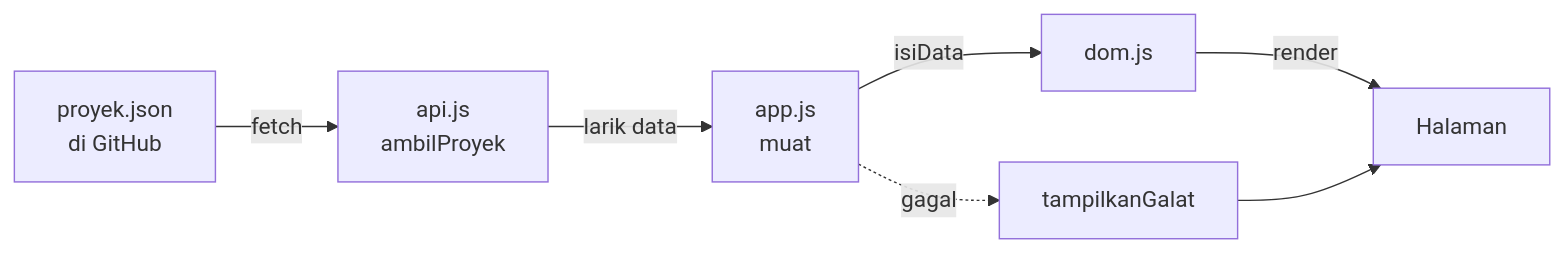
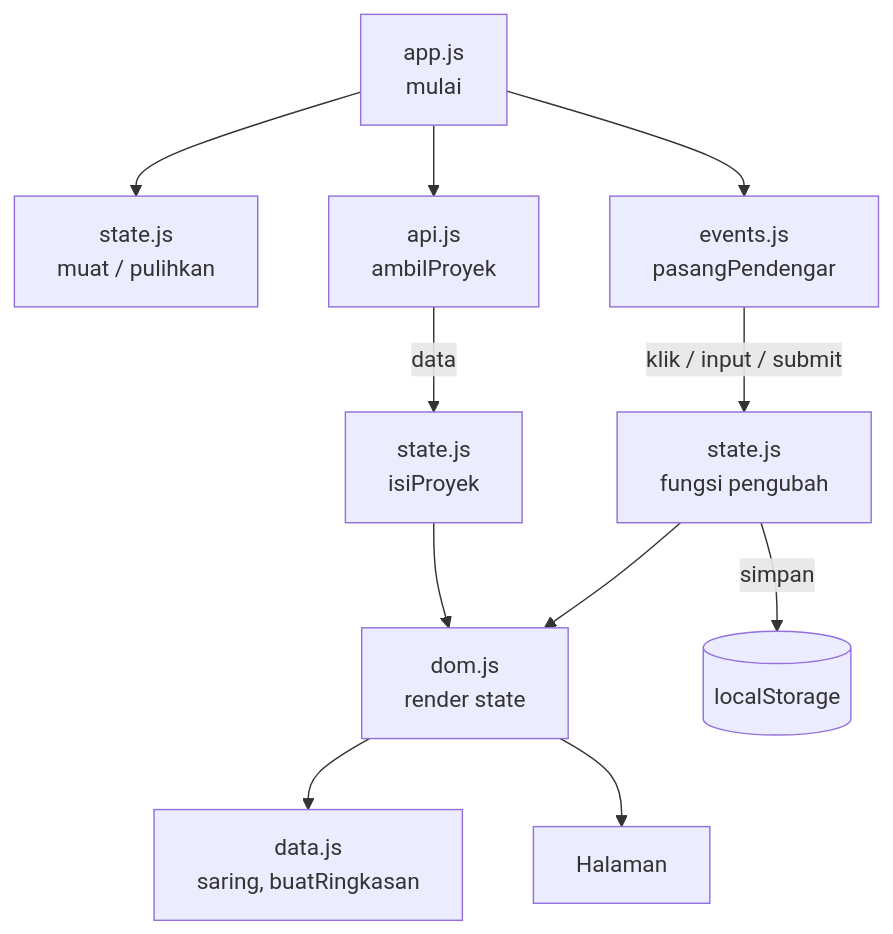
Before and after one commit to NAUFALcreator/Tugas-Pabw-1: the diagram in README.md, drawn with Mermaid. The commit also changed other lines of this file, not shown here.

````diff
--- a/README.md
+++ b/README.md
@@ -58,9 +46,13 @@
 ```mermaid
-flowchart LR
-    A[proyek.json<br/>di GitHub] -->|fetch| B[api.js<br/>ambilProyek]
-    B -->|larik data| C[app.js<br/>muat]
-    C -->|isiData| D[dom.js]
-    C -.->|gagal| G[tampilkanGalat]
-    D -->|render| E[Halaman]
-    G --> E
+flowchart TD
+    A[app.js<br/>mulai] --> B[state.js<br/>muat / pulihkan]
+    A --> C[api.js<br/>ambilProyek]
+    A --> D[events.js<br/>pasangPendengar]
+    C -->|data| E[state.js<br/>isiProyek]
+    D -->|klik / input / submit| F[state.js<br/>fungsi pengubah]
+    E --> G[dom.js<br/>render state]
+    F -->|simpan| H[(localStorage)]
+    F --> G
+    G --> I[data.js<br/>saring, buatRingkasan]
+    G --> J[Halaman]
 ```
````
